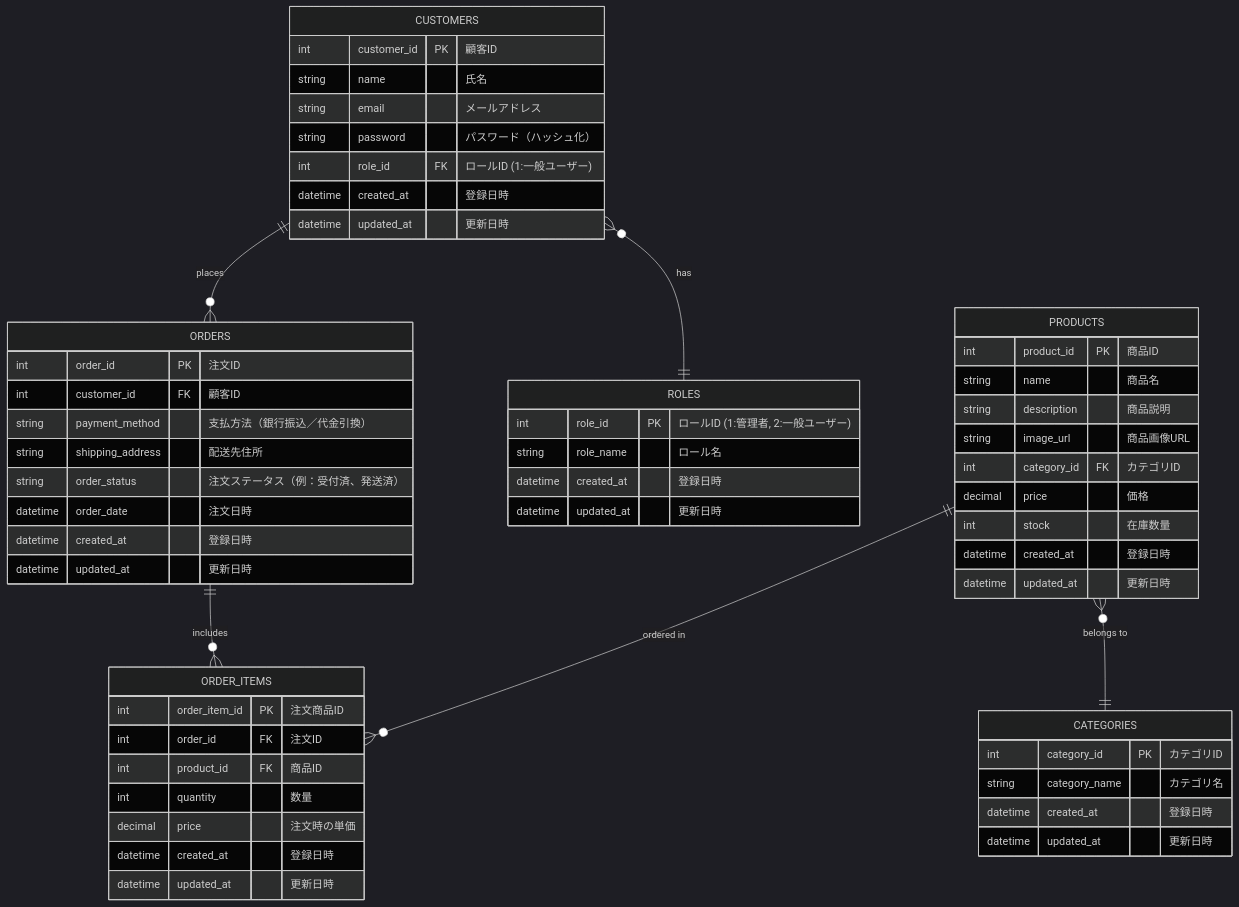
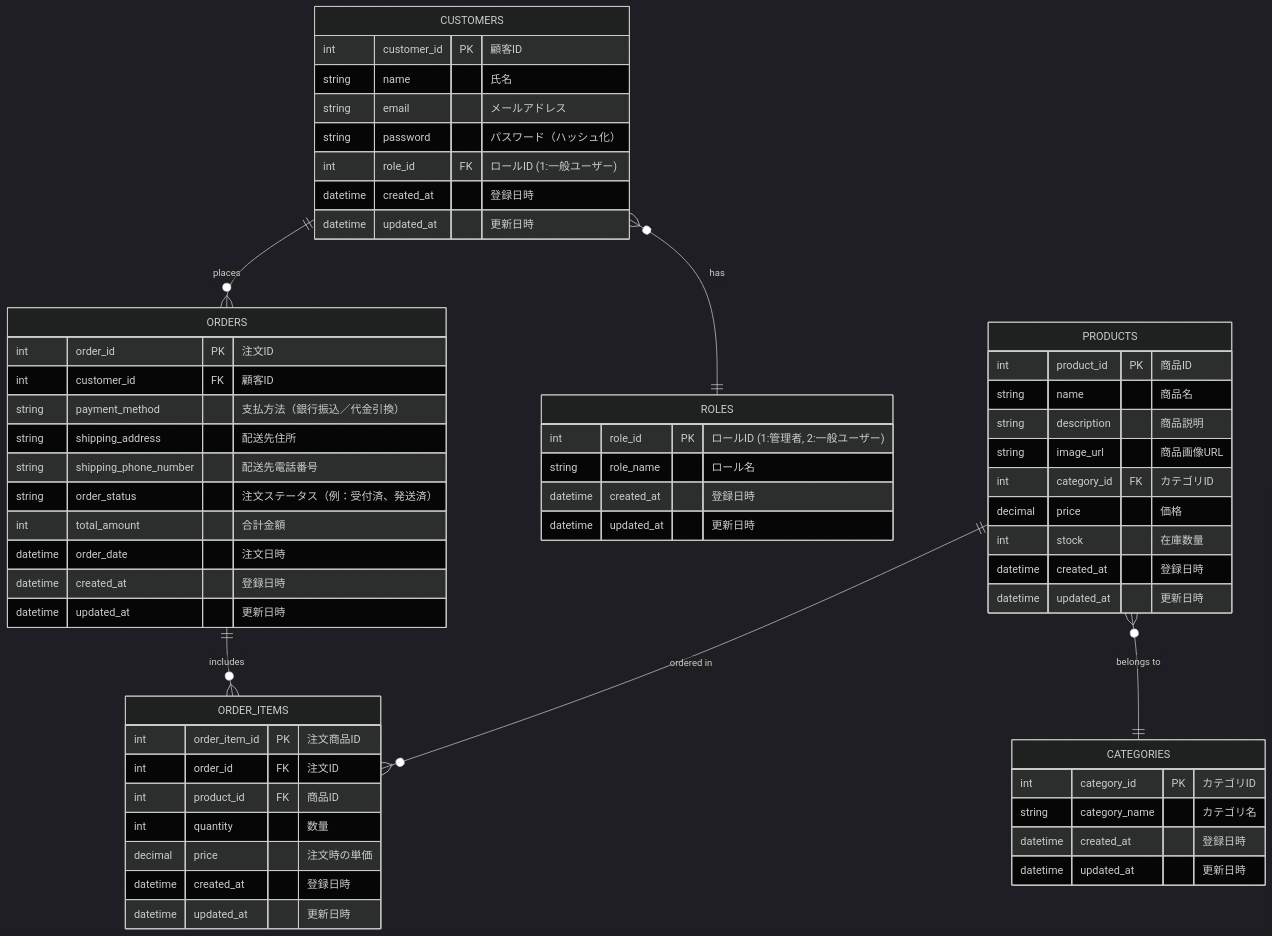
One commit to Rikumt12/Popcorn changed the sixth of 6 diagrams in 基本設計書/基本設計書.md. Above: the diagram before and after it, drawn with Mermaid (dark theme).

Commit message:
山下

````diff
--- a/基本設計書/基本設計書.md
+++ b/基本設計書/基本設計書.md
@@ -375,61 +375,63 @@
 ```mermaid
 
 erDiagram
     CUSTOMERS ||--o{ ORDERS : "places"
     CUSTOMERS }o--|| ROLES : "has"
     PRODUCTS }o--|| CATEGORIES : "belongs to"
     ORDERS ||--o{ ORDER_ITEMS : "includes"
     PRODUCTS ||--o{ ORDER_ITEMS : "ordered in"
 
     CUSTOMERS {
         int customer_id PK "顧客ID"
         string name "氏名"
         string email "メールアドレス"
         string password "パスワード（ハッシュ化）"
         int role_id FK "ロールID (1:一般ユーザー)"
         datetime created_at "登録日時"
         datetime updated_at "更新日時"
     }
     ROLES {
         int role_id PK "ロールID (1:管理者, 2:一般ユーザー)"
         string role_name "ロール名"
         datetime created_at "登録日時"
         datetime updated_at "更新日時"
     }
     PRODUCTS {
         int product_id PK "商品ID"
         string name "商品名"
         string description "商品説明"
         string image_url "商品画像URL"
         int category_id FK "カテゴリID"
         decimal price "価格"
         int stock "在庫数量"
         datetime created_at "登録日時"
         datetime updated_at "更新日時"
     }
     CATEGORIES {
         int category_id PK "カテゴリID"
         string category_name "カテゴリ名"
         datetime created_at "登録日時"
         datetime updated_at "更新日時"
     }
     ORDERS {
         int order_id PK "注文ID"
         int customer_id FK "顧客ID"
         string payment_method "支払方法（銀行振込／代金引換）"
         string shipping_address "配送先住所"
+        string shipping_phone_number "配送先電話番号"
         string order_status "注文ステータス（例：受付済、発送済）"
+        int total_amount "合計金額"
         datetime order_date "注文日時"
         datetime created_at "登録日時"
         datetime updated_at "更新日時"
     }
     ORDER_ITEMS {
         int order_item_id PK "注文商品ID"
         int order_id FK "注文ID"
         int product_id FK "商品ID"
         int quantity "数量"
         decimal price "注文時の単価"
         datetime created_at "登録日時"
         datetime updated_at "更新日時"
     }
 ```
````
